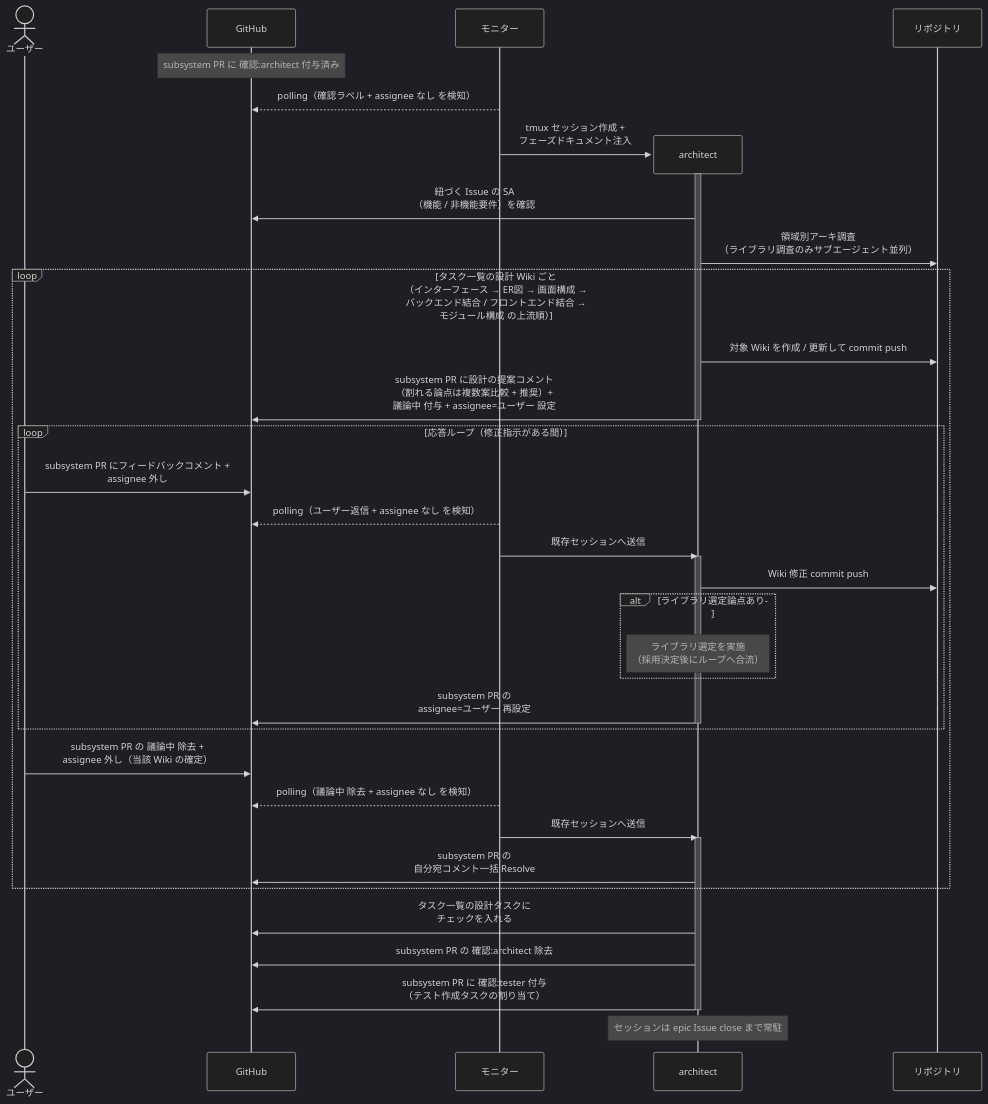
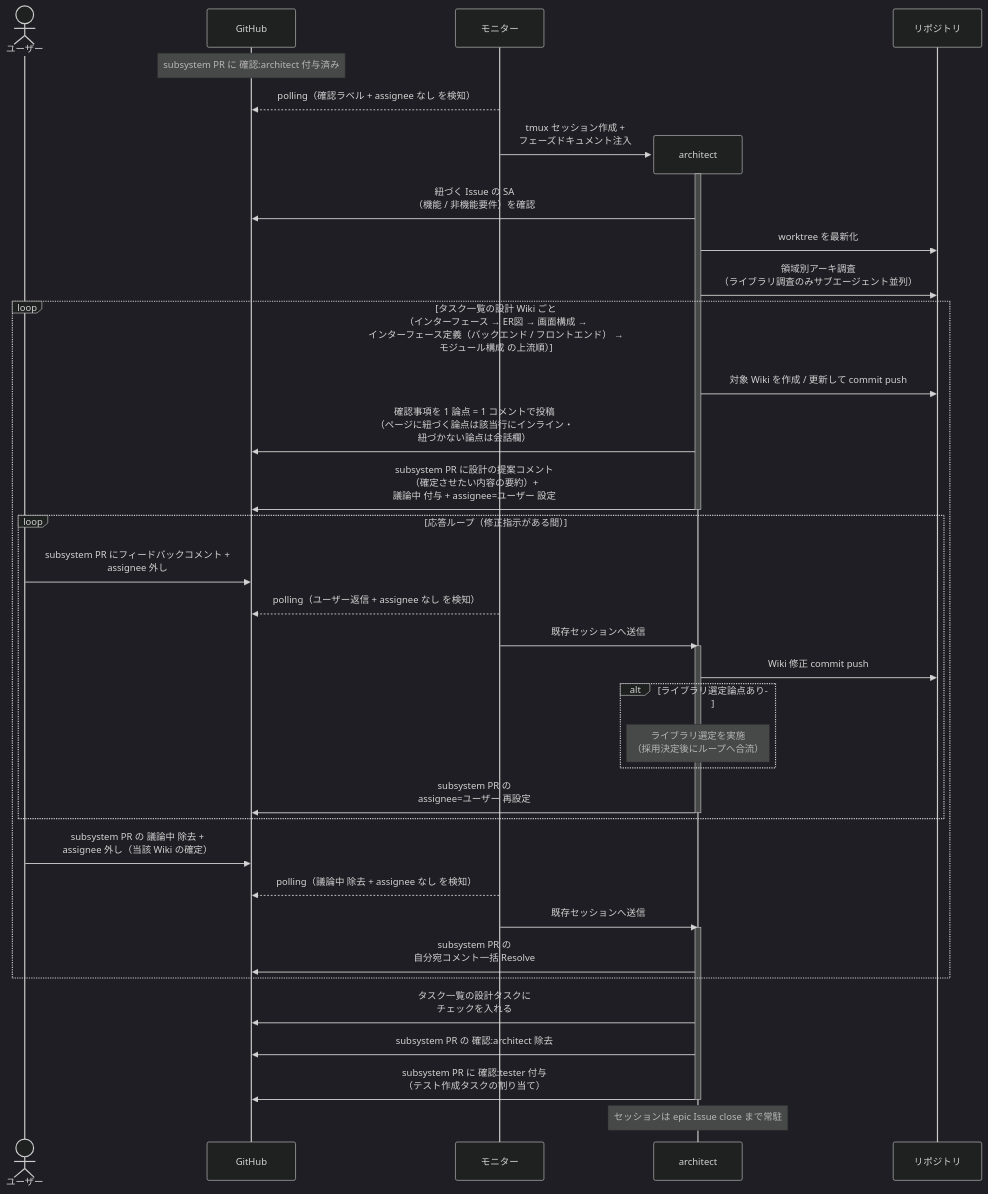
The first of 5 diagrams in docs/wiki/設計図/シナリオ/単一ユースケース/SS設計.md (shuhei1101/ai-monitor), drawn with Mermaid (dark theme) before and after one commit. The commit also changed other lines of this file and 304 other files, not shown here.

````diff
--- a/docs/wiki/設計図/シナリオ/単一ユースケース/SS設計.md
+++ b/docs/wiki/設計図/シナリオ/単一ユースケース/SS設計.md
@@ -31,46 +31,48 @@
 ```mermaid
 sequenceDiagram
   actor U as ユーザー
   participant GH as GitHub
   participant ORC as モニター
 
   Note over GH: subsystem PR に 確認:architect 付与済み
   ORC-->>GH: polling（確認ラベル + assignee なし を検知）
   create participant MON as architect
   ORC->>MON: tmux セッション作成 +<br>フェーズドキュメント注入
   participant REPO as リポジトリ
   activate MON
   MON->>GH: 紐づく Issue の SA<br>（機能 / 非機能要件）を確認
+  MON->>REPO: worktree を最新化
   MON->>REPO: 領域別アーキ調査<br>（ライブラリ調査のみサブエージェント並列）
 
-  loop タスク一覧の設計 Wiki ごと<br>（インターフェース → ER図 → 画面構成 →<br>バックエンド結合 / フロントエンド結合 →<br>モジュール構成 の上流順）
+  loop タスク一覧の設計 Wiki ごと<br>（インターフェース → ER図 → 画面構成 →<br>インターフェース定義（バックエンド / フロントエンド） →<br>モジュール構成 の上流順）
     MON->>REPO: 対象 Wiki を作成 / 更新して commit push
-    MON->>GH: subsystem PR に設計の提案コメント<br>（割れる論点は複数案比較 + 推奨）+<br>議論中 付与 + assignee=ユーザー 設定
+    MON->>GH: 確認事項を 1 論点 = 1 コメントで投稿<br>（ページに紐づく論点は該当行にインライン・<br>紐づかない論点は会話欄）
+    MON->>GH: subsystem PR に設計の提案コメント<br>（確定させたい内容の要約）+<br>議論中 付与 + assignee=ユーザー 設定
     deactivate MON
 
     loop 応答ループ（修正指示がある間）
       U->>GH: subsystem PR にフィードバックコメント +<br>assignee 外し
       ORC-->>GH: polling（ユーザー返信 + assignee なし を検知）
       ORC->>MON: 既存セッションへ送信
       activate MON
       MON->>REPO: Wiki 修正 commit push
       alt ライブラリ選定論点あり
         Note over MON: ライブラリ選定を実施<br>（採用決定後にループへ合流）
       end
       MON->>GH: subsystem PR の<br>assignee=ユーザー 再設定
       deactivate MON
     end
 
     U->>GH: subsystem PR の 議論中 除去 +<br>assignee 外し（当該 Wiki の確定）
     ORC-->>GH: polling（議論中 除去 + assignee なし を検知）
     ORC->>MON: 既存セッションへ送信
     activate MON
     MON->>GH: subsystem PR の<br>自分宛コメント一括 Resolve
   end
 
   MON->>GH: タスク一覧の設計タスクに<br>チェックを入れる
   MON->>GH: subsystem PR の 確認:architect 除去
   MON->>GH: subsystem PR に 確認:tester 付与<br>（テスト作成タスクの割り当て）
   deactivate MON
   Note over MON: セッションは epic Issue close まで常駐
 ```
````
